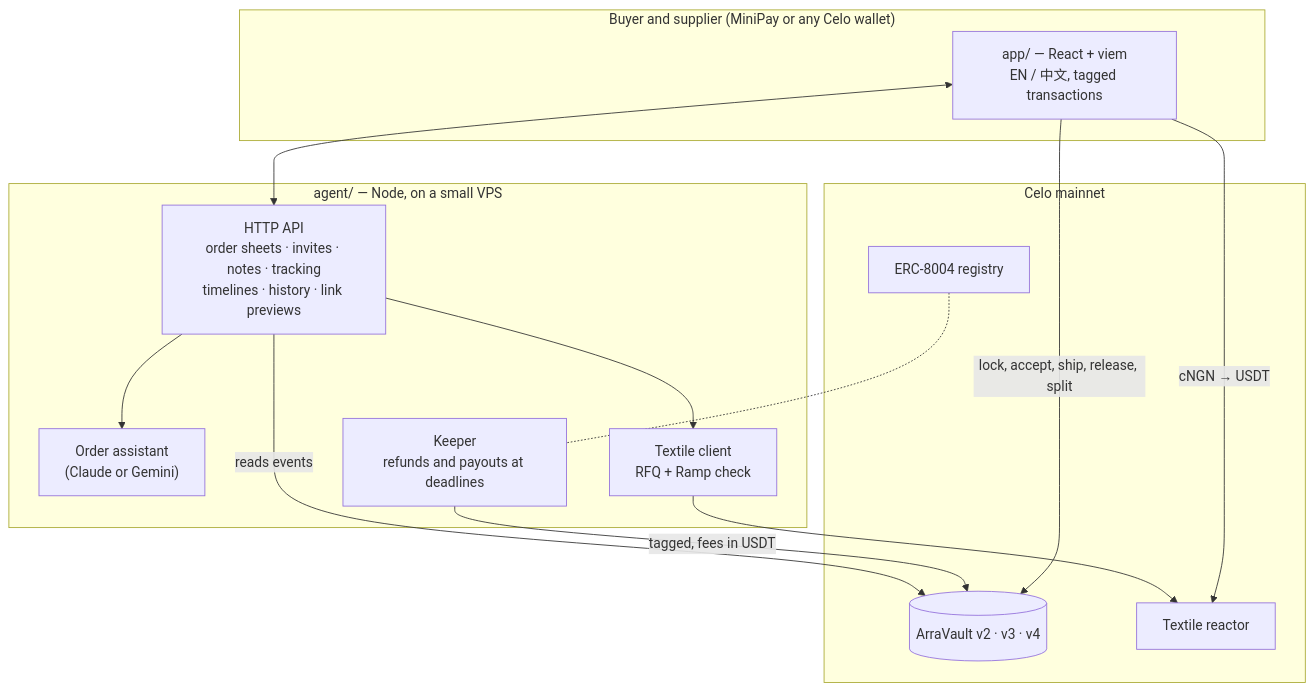
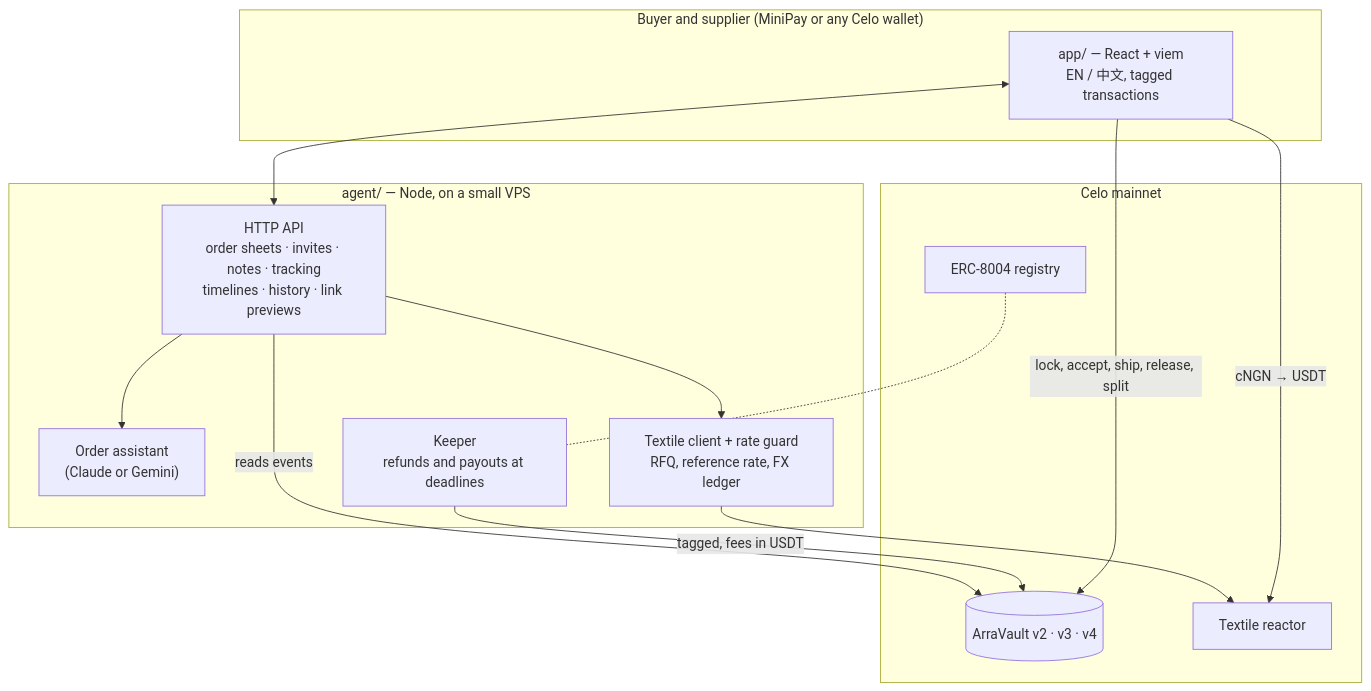
Before and after one commit to phoenix-2203/arra: the third of 3 diagrams in README.md, drawn with Mermaid. The commit also changed other lines of this file and 1 other file, not shown here.

First line of the commit message:
Treasury strategy for the Textile FX track: exposure, rules, how returns are measured, real 2026 windows and the mainnet fill vs official and street rates

````diff
--- a/README.md
+++ b/README.md
@@ -302,25 +312,25 @@
 ```mermaid
 flowchart TB
     subgraph Phone["Buyer and supplier (MiniPay or any Celo wallet)"]
         UI["app/ — React + viem<br/>EN / 中文, tagged transactions"]
     end
     subgraph Server["agent/ — Node, on a small VPS"]
         API["HTTP API<br/>order sheets · invites · notes · tracking<br/>timelines · history · link previews"]
         AI["Order assistant<br/>(Claude or Gemini)"]
-        FX["Textile client<br/>RFQ + Ramp check"]
+        FX["Textile client + rate guard<br/>RFQ, reference rate, FX ledger"]
         K["Keeper<br/>refunds and payouts at deadlines"]
     end
     subgraph Celo["Celo mainnet"]
         V[("ArraVault v2 · v3 · v4")]
         R["Textile reactor"]
         ID["ERC-8004 registry"]
     end
     UI <--> API
     API --> AI
     UI -->|lock, accept, ship, release, split| V
     UI -->|cNGN → USDT| R
     API --> FX --> R
     K -->|tagged, fees in USDT| V
     API -->|reads events| V
     ID -.- K
 ```
````
